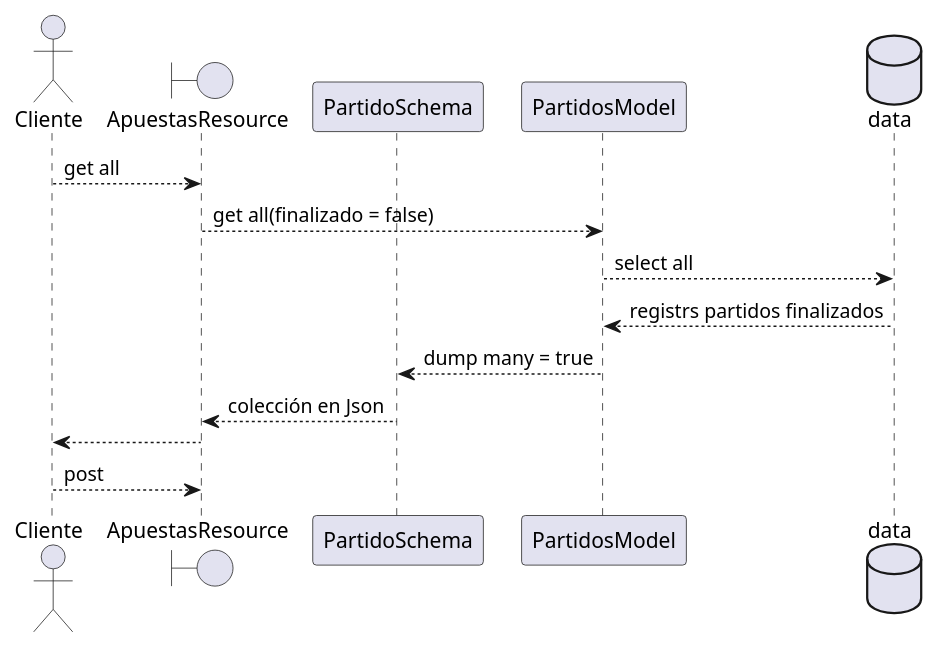
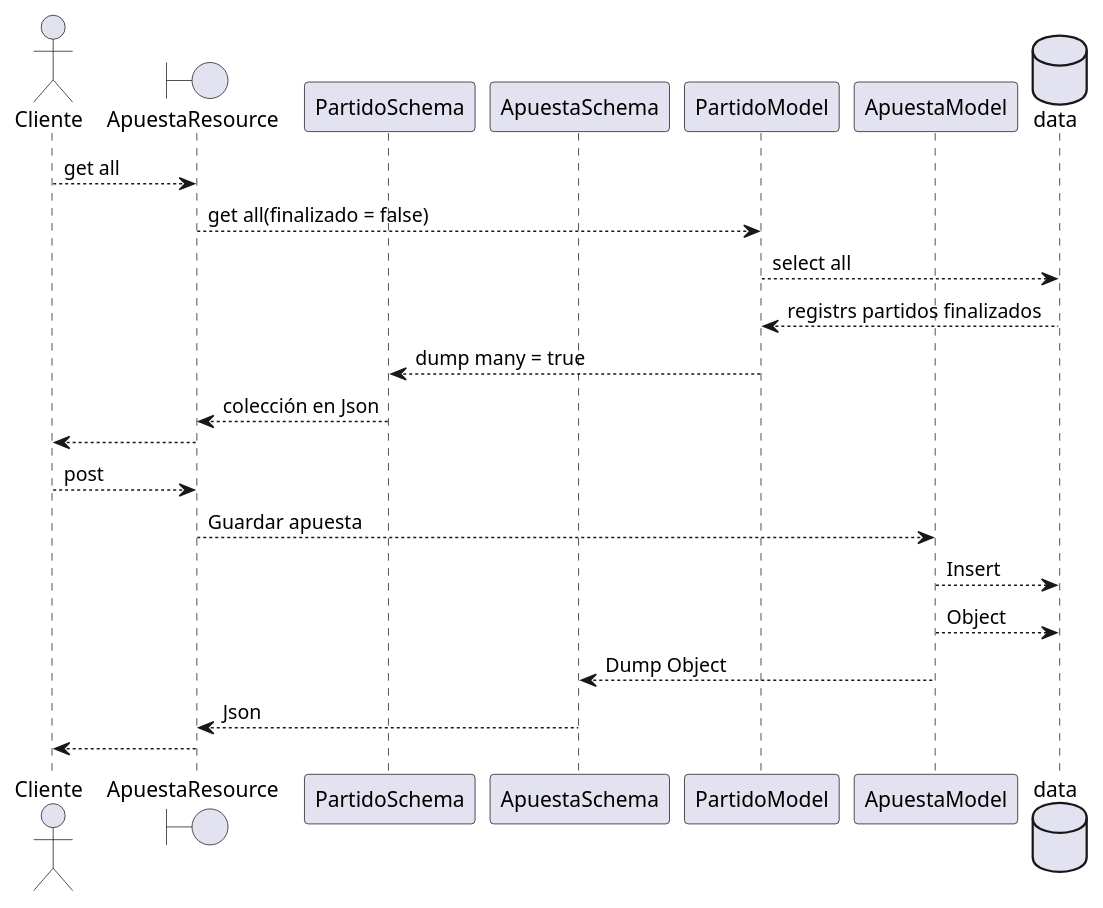
Before and after one commit to DaniBeato/Bookmaker_DS: the diagram in docs/Diagrama de secuencia apuesta.puml, drawn with PlantUML. The commit also changed 10 other files, not shown here.

Commit message:
models_eschemas_diagramas

```diff
--- a/docs/Diagrama de secuencia apuesta.puml
+++ b/docs/Diagrama de secuencia apuesta.puml
@@ -1,20 +1,27 @@
 @startuml
 actor Cliente
-boundary ApuestasResource
+boundary ApuestaResource
 participant PartidoSchema
-participant PartidosModel
+participant ApuestaSchema
+participant PartidoModel
+participant ApuestaModel
 database data
 
-Cliente --> ApuestasResource: get all
-ApuestasResource --> PartidosModel: get all(finalizado = false)
-PartidosModel --> data: select all
-PartidosModel <-- data: registrs partidos finalizados
-PartidosModel --> PartidoSchema: dump many = true
-PartidoSchema --> ApuestasResource: colección en Json
-ApuestasResource --> Cliente
+Cliente --> ApuestaResource: get all
+ApuestaResource --> PartidoModel: get all(finalizado = false)
+PartidoModel --> data: select all
+PartidoModel <-- data: registrs partidos finalizados
+PartidoModel --> PartidoSchema: dump many = true
+PartidoSchema --> ApuestaResource: colección en Json
+ApuestaResource --> Cliente
 
-Cliente --> ApuestasResource: post
-
+Cliente --> ApuestaResource: post
+ApuestaResource --> ApuestaModel: Guardar apuesta
+ApuestaModel --> data: Insert
+data <-- ApuestaModel: Object
+ApuestaModel --> ApuestaSchema: Dump Object
+ApuestaSchema --> ApuestaResource: Json
+ApuestaResource --> Cliente
 
 
 @enduml
```
